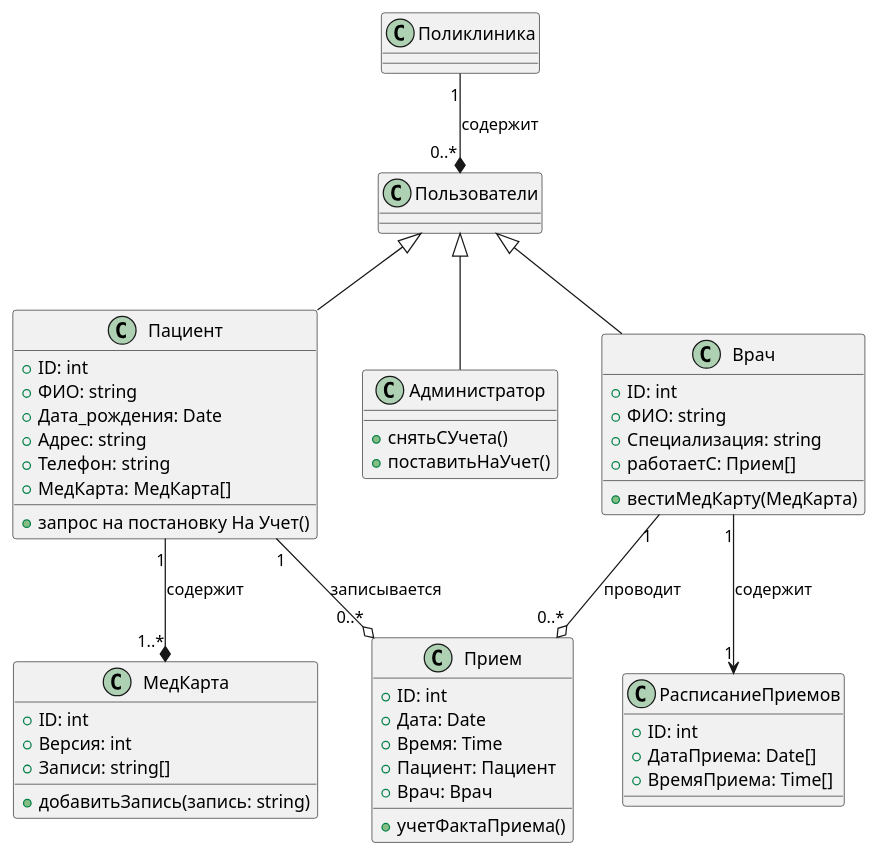
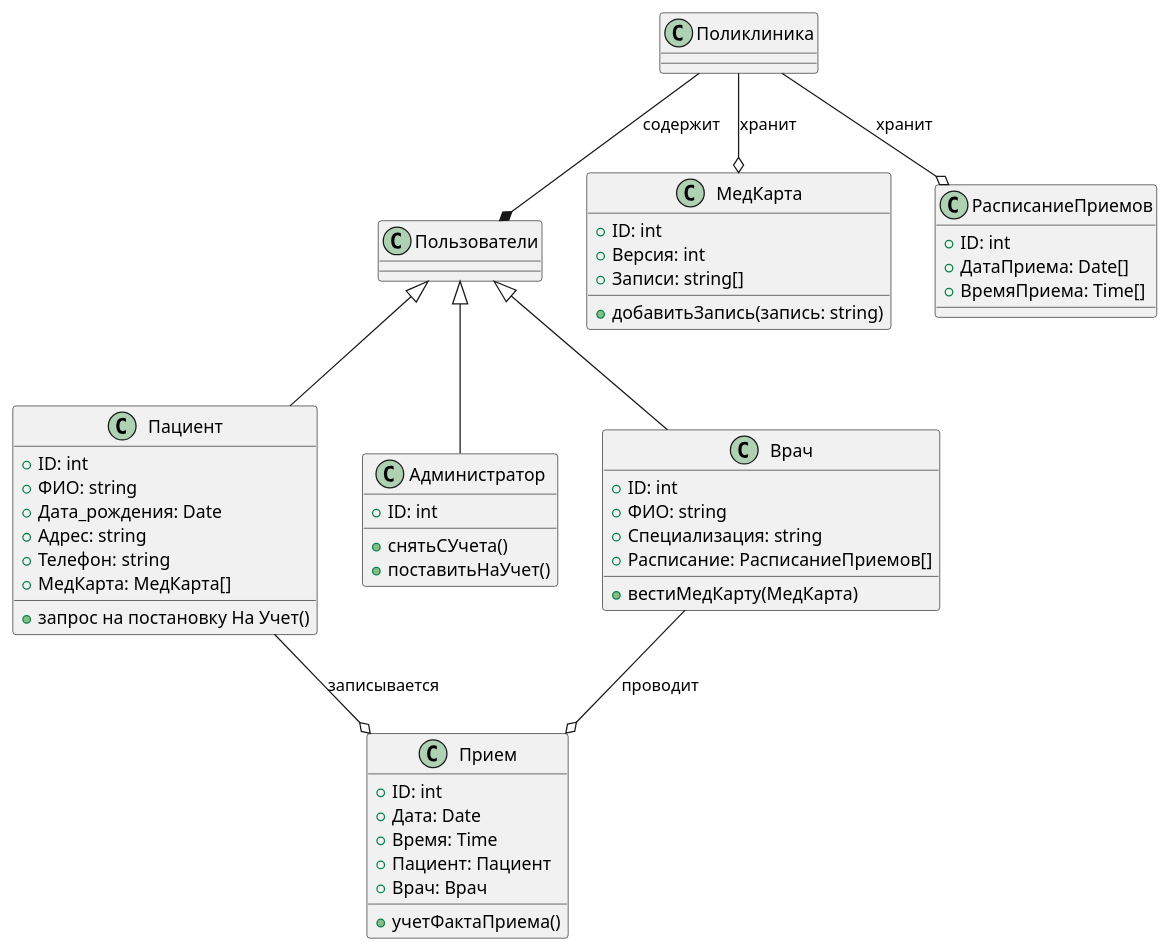
The diagram in Диаграмма_классов.md (penamarth/bsbo-13-22_team2_var3), drawn with PlantUML before and after one commit.

````diff
--- a/Диаграмма_классов.md
+++ b/Диаграмма_классов.md
@@ -1,68 +1,68 @@
 ```plantuml
 @startuml
 
     class Поликлиника {
 
     }
 
     Пользователи <|-- Пациент
     Пользователи <|-- Администратор
     Пользователи <|-- Врач
 
     class Пользователи {
     }
 
     class Пациент {
         +ID: int
         +ФИО: string
         +Дата_рождения: Date
         +Адрес: string
         +Телефон: string
         +МедКарта: МедКарта[]
         +запрос на постановку На Учет()
     }
 
     class Врач {
         +ID: int
         +ФИО: string 
         +Специализация: string
-        +работаетС: Прием[]
+        +Расписание: РасписаниеПриемов[]
         +вестиМедКарту(МедКарта)
     }
 
     class Администратор {
+        +ID: int
         +снятьСУчета()
         +поставитьНаУчет()
     }
 
     class Прием {
         +ID: int
         +Дата: Date
         +Время: Time
         +Пациент: Пациент
         +Врач: Врач
         +учетФактаПриема()
     }
 
     class МедКарта {
         +ID: int
         +Версия: int
         +Записи: string[]
         +добавитьЗапись(запись: string)
     }
 
     class РасписаниеПриемов {
         +ID: int
         +ДатаПриема: Date[]
         +ВремяПриема: Time[]
     }
 
-    Поликлиника "1" --* "0..*" Пользователи : содержит   
-    Пациент "1" --* "1..*" МедКарта : содержит
-    Пациент "1" --o "0..*" Прием : записывается
-    Врач "1" --o "0..*" Прием : проводит
-    Врач "1" --> "1" РасписаниеПриемов : содержит
-    
+    Поликлиника  --*  Пользователи : содержит   
+    Пациент  --o  Прием : записывается
+    Врач  --o  Прием : проводит
+    Поликлиника  --o  МедКарта : хранит
+    Поликлиника  --o  РасписаниеПриемов : хранит
 
 @enduml
 ```
````
